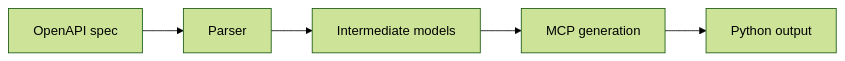
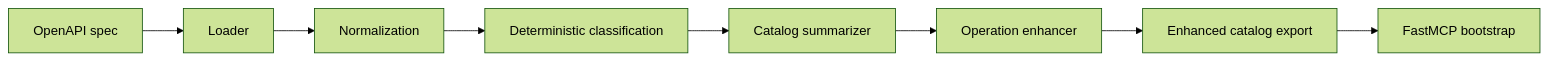
One commit to pr1m8/oas2mcp changed the diagram in docs/source/architecture.rst. Above: the diagram before and after it, drawn with Mermaid (forest theme). The commit also changed other lines of this file and 36 other files, not shown here.

```diff
--- a/docs/source/architecture.rst
+++ b/docs/source/architecture.rst
@@ -4,7 +4,10 @@
 .. mermaid::
 
    flowchart LR
-       A[OpenAPI spec] --> B[Parser]
-       B --> C[Intermediate models]
-       C --> D[MCP generation]
-       D --> E[Python output]
+       A[OpenAPI spec] --> B[Loader]
+       B --> C[Normalization]
+       C --> D[Deterministic classification]
+       D --> E[Catalog summarizer]
+       E --> F[Operation enhancer]
+       F --> G[Enhanced catalog export]
+       G --> H[FastMCP bootstrap]
```
